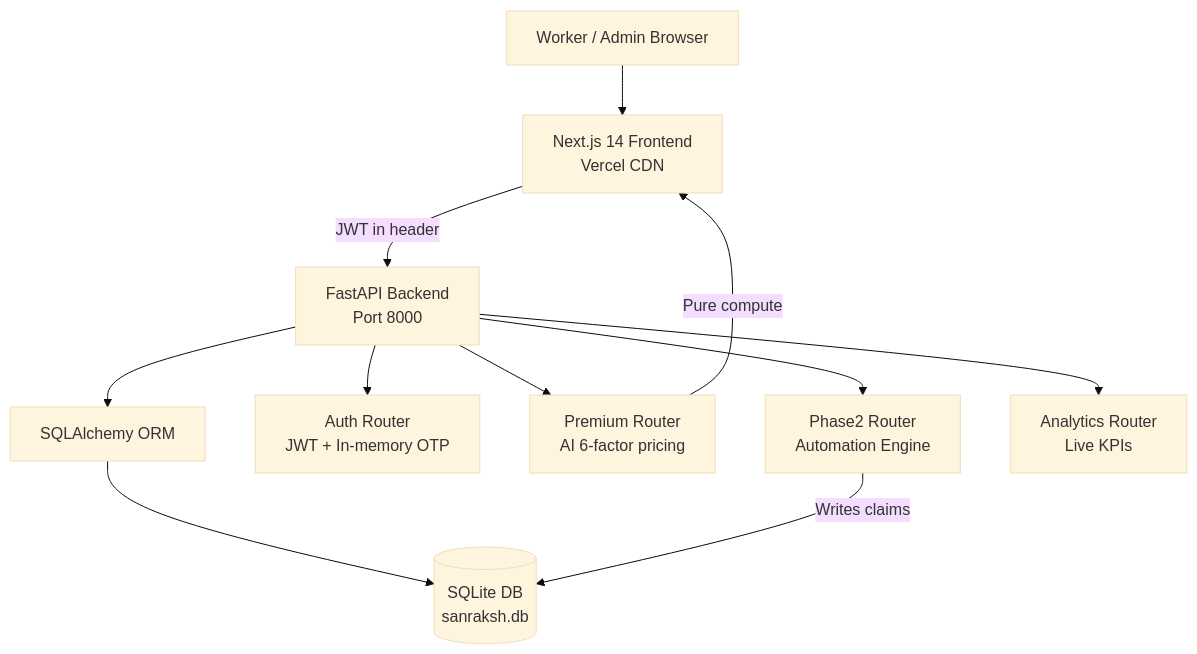
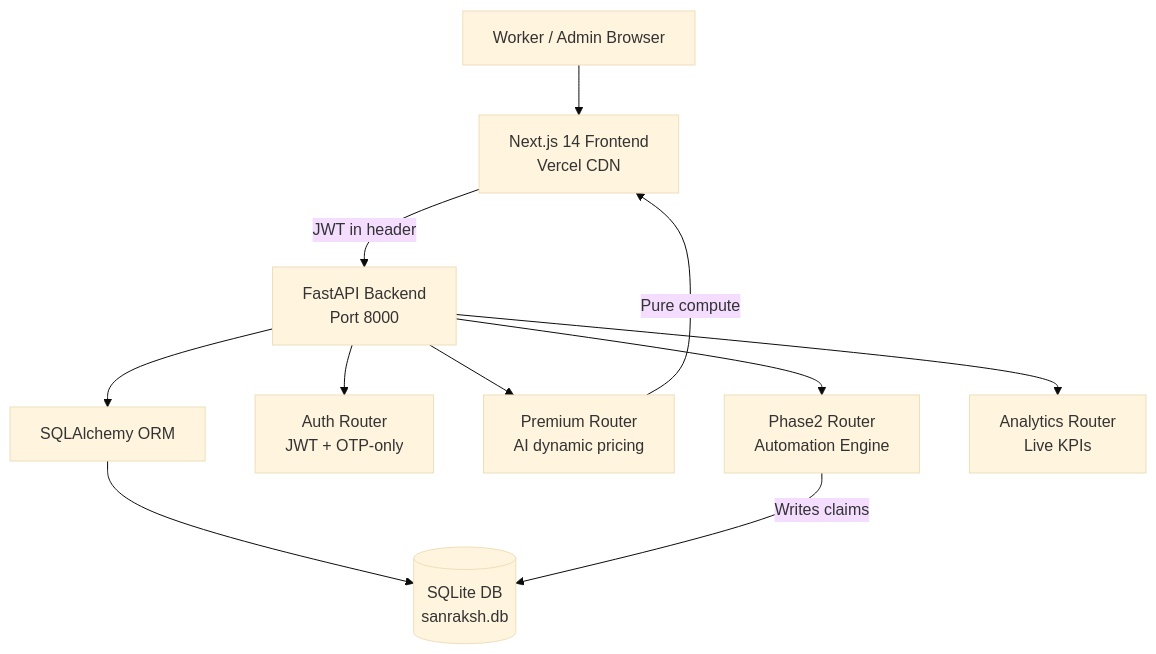
One commit to Aayush9808/Sanraksh changed the diagram in submissions/PHASE2.md. Above: the diagram before and after it, drawn with Mermaid (base theme). The commit also changed other lines of this file and 4 other files, not shown here.

````diff
--- a/submissions/PHASE2.md
+++ b/submissions/PHASE2.md
@@ -148,13 +175,13 @@
 ```mermaid
 flowchart TD
     A[Worker / Admin Browser] --> B[Next.js 14 Frontend\nVercel CDN]
     B -->|JWT in header| C[FastAPI Backend\nPort 8000]
     C --> D[SQLAlchemy ORM]
     D --> E[(SQLite DB\nsanraksh.db)]
-    C --> F[Auth Router\nJWT + In-memory OTP]
-    C --> G[Premium Router\nAI 6-factor pricing]
+    C --> F[Auth Router\nJWT + OTP-only]
+    C --> G[Premium Router\nAI dynamic pricing]
     C --> H[Phase2 Router\nAutomation Engine]
     C --> I[Analytics Router\nLive KPIs]
     H -->|Writes claims| E
     G -->|Pure compute| B
 ```
````
